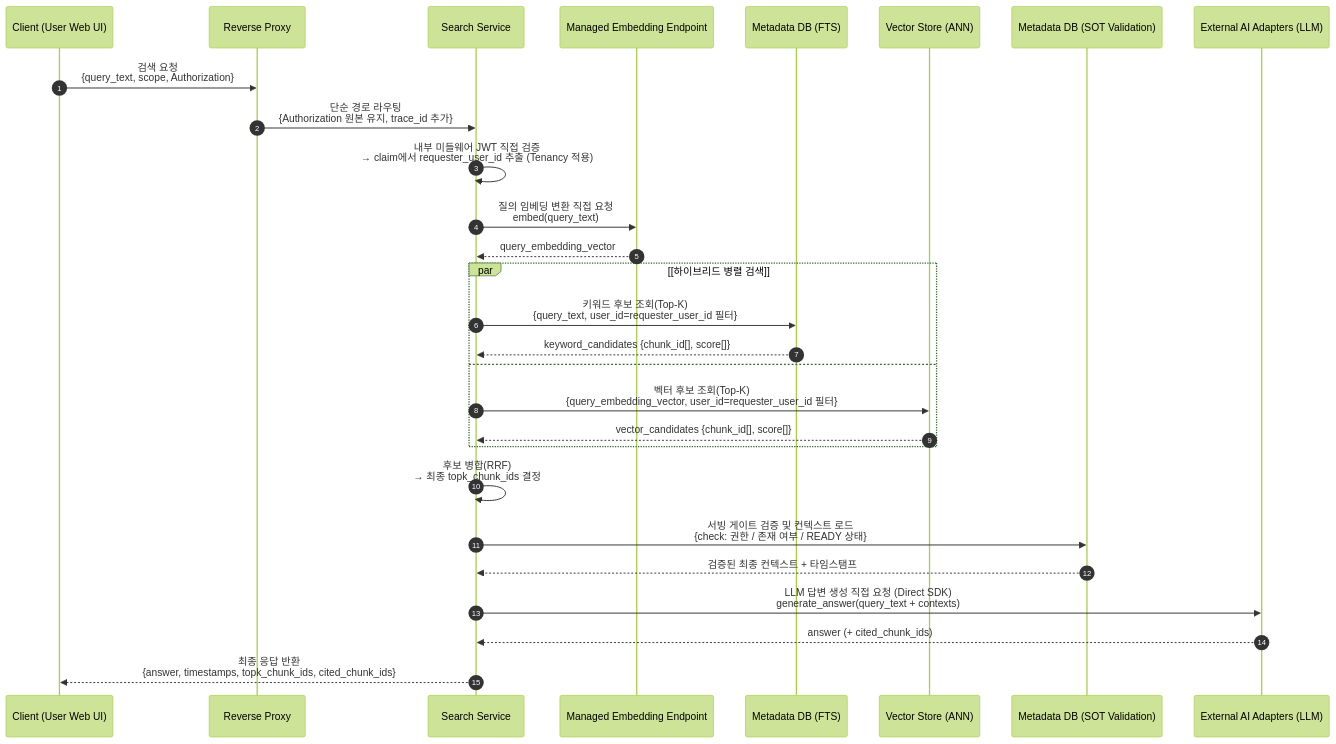
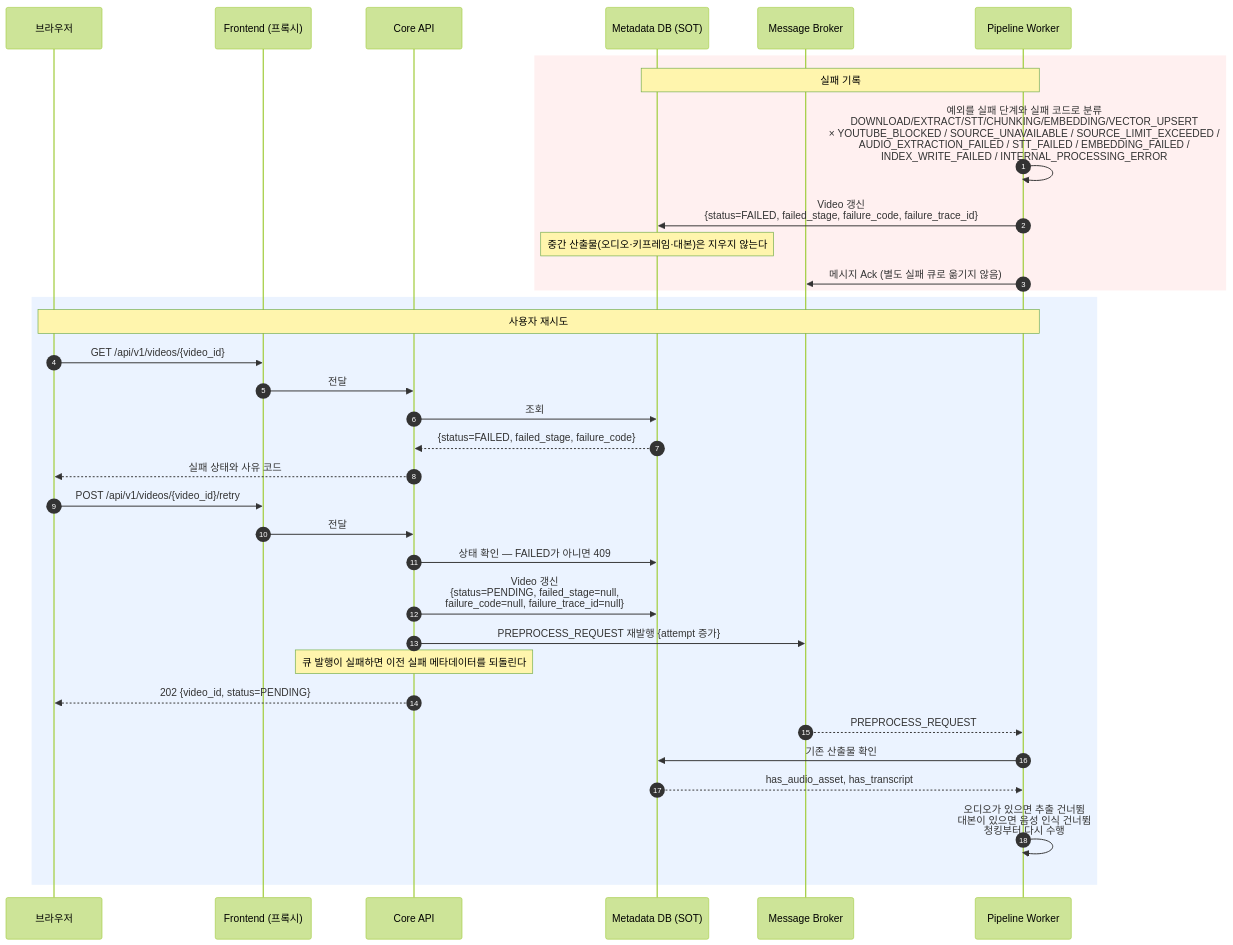
The third of 9 diagrams in docs/Diagram/sequence_diagram/SD_Mermaid.md (f-lab-edu/Biblio), drawn with Mermaid (forest theme) before and after one commit. The commit also changed other lines of this file and 1 other file, not shown here.

Commit message:
docs(repo): 시스템 설계와 시퀀스 다이어그램을 최신화한다 (#104)

````diff
--- a/docs/Diagram/sequence_diagram/SD_Mermaid.md
+++ b/docs/Diagram/sequence_diagram/SD_Mermaid.md
@@ -108,37 +195,38 @@
 ```mermaid
 sequenceDiagram
 autonumber
-participant C as Client (User Web UI)
-participant RP as Reverse Proxy
-participant SS as Search Service
-participant EMB as Managed Embedding Endpoint
-participant FTS as Metadata DB (FTS)
-participant VS as Vector Store (ANN)
-participant SOT as Metadata DB (SOT Validation)
-participant LLM as External AI Adapters (LLM)
+participant C as 브라우저
+participant FE as Frontend (프록시)
+participant API as Core API
+participant DB as Metadata DB (SOT)
+participant MQ as Message Broker
+participant PW as Pipeline Worker
 
-C->>RP: 검색 요청<br/>{query_text, scope, Authorization}
-RP->>SS: 단순 경로 라우팅<br/>{Authorization 원본 유지, trace_id 추가}
-SS->>SS: 내부 미들웨어 JWT 직접 검증<br/>→ claim에서 requester_user_id 추출 (Tenancy 적용)
-
-SS->>EMB: 질의 임베딩 변환 직접 요청<br/>embed(query_text)
-EMB-->>SS: query_embedding_vector
-
-par [하이브리드 병렬 검색]
-    SS->>FTS: 키워드 후보 조회(Top-K)<br/>{query_text, user_id=requester_user_id 필터}
-    FTS-->>SS: keyword_candidates {chunk_id[], score[]}
-and
-    SS->>VS: 벡터 후보 조회(Top-K)<br/>{query_embedding_vector, user_id=requester_user_id 필터}
-    VS-->>SS: vector_candidates {chunk_id[], score[]}
+rect rgb(255, 240, 240)
+Note over PW, DB: 실패 기록
+PW->>PW: 예외를 실패 단계와 실패 코드로 분류<br/>DOWNLOAD/EXTRACT/STT/CHUNKING/EMBEDDING/VECTOR_UPSERT<br/>× YOUTUBE_BLOCKED / SOURCE_UNAVAILABLE / SOURCE_LIMIT_EXCEEDED /<br/>AUDIO_EXTRACTION_FAILED / STT_FAILED / EMBEDDING_FAILED /<br/>INDEX_WRITE_FAILED / INTERNAL_PROCESSING_ERROR
+PW->>DB: Video 갱신<br/>{status=FAILED, failed_stage, failure_code, failure_trace_id}
+Note over DB: 중간 산출물(오디오·키프레임·대본)은 지우지 않는다
+PW->>MQ: 메시지 Ack (별도 실패 큐로 옮기지 않음)
 end
 
-SS->>SS: 후보 병합(RRF)<br/>→ 최종 topk_chunk_ids 결정
-
-SS->>SOT: 서빙 게이트 검증 및 컨텍스트 로드<br/>{check: 권한 / 존재 여부 / READY 상태}
-SOT-->>SS: 검증된 최종 컨텍스트 + 타임스탬프
-
-SS->>LLM: LLM 답변 생성 직접 요청 (Direct SDK)<br/>generate_answer(query_text + contexts)
-LLM-->>SS: answer (+ cited_chunk_ids)
-
-SS-->>C: 최종 응답 반환<br/>{answer, timestamps, topk_chunk_ids, cited_chunk_ids}
+rect rgb(235, 243, 255)
+Note over C, PW: 사용자 재시도
+C->>FE: GET /api/v1/videos/{video_id}
+FE->>API: 전달
+API->>DB: 조회
+DB-->>API: {status=FAILED, failed_stage, failure_code}
+API-->>C: 실패 상태와 사유 코드
+C->>FE: POST /api/v1/videos/{video_id}/retry
+FE->>API: 전달
+API->>DB: 상태 확인 — FAILED가 아니면 409
+API->>DB: Video 갱신<br/>{status=PENDING, failed_stage=null,<br/>failure_code=null, failure_trace_id=null}
+API->>MQ: PREPROCESS_REQUEST 재발행 {attempt 증가}
+Note over API: 큐 발행이 실패하면 이전 실패 메타데이터를 되돌린다
+API-->>C: 202 {video_id, status=PENDING}
+MQ-->>PW: PREPROCESS_REQUEST
+PW->>DB: 기존 산출물 확인
+DB-->>PW: has_audio_asset, has_transcript
+PW->>PW: 오디오가 있으면 추출 건너뜀<br/>대본이 있으면 음성 인식 건너뜀<br/>청킹부터 다시 수행
+end
 ```
````
